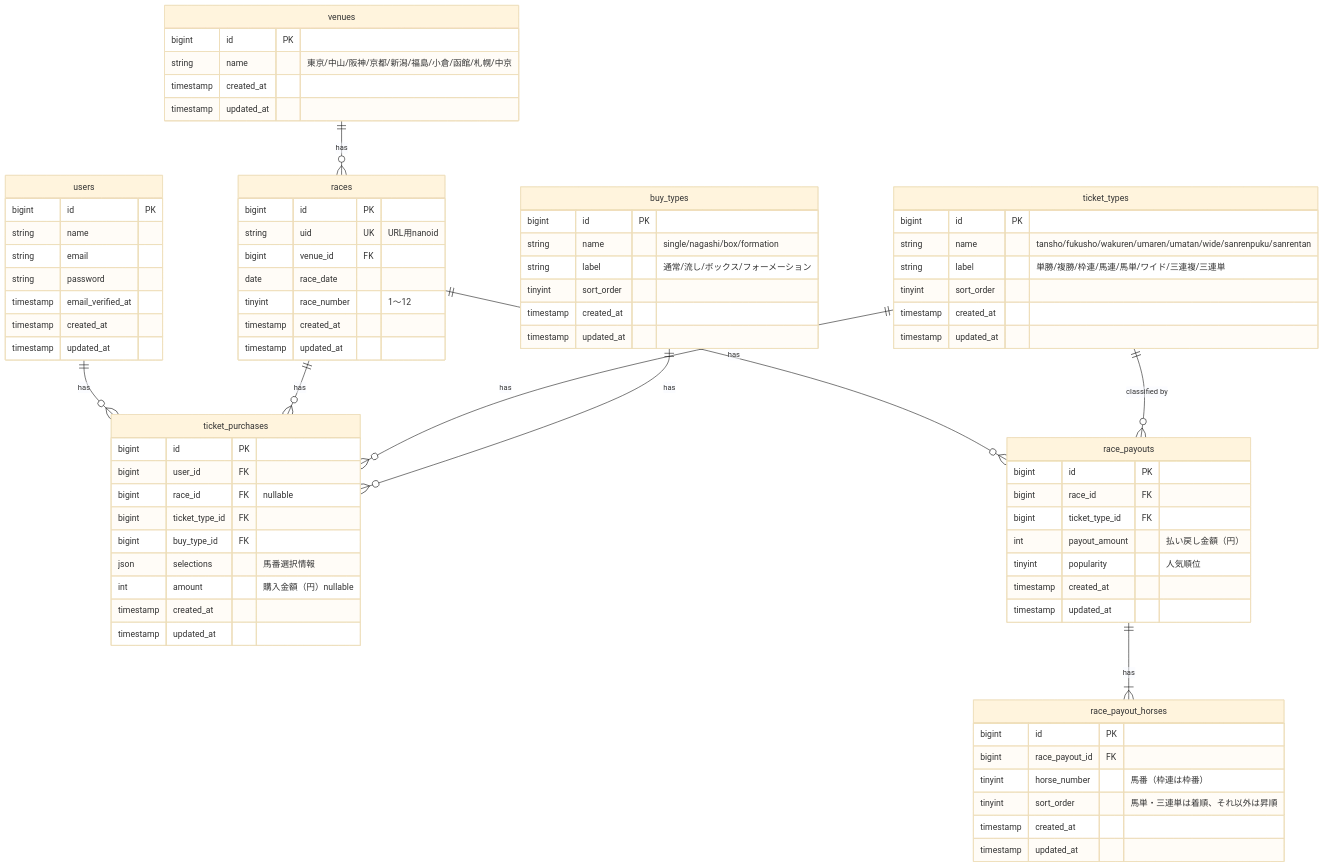
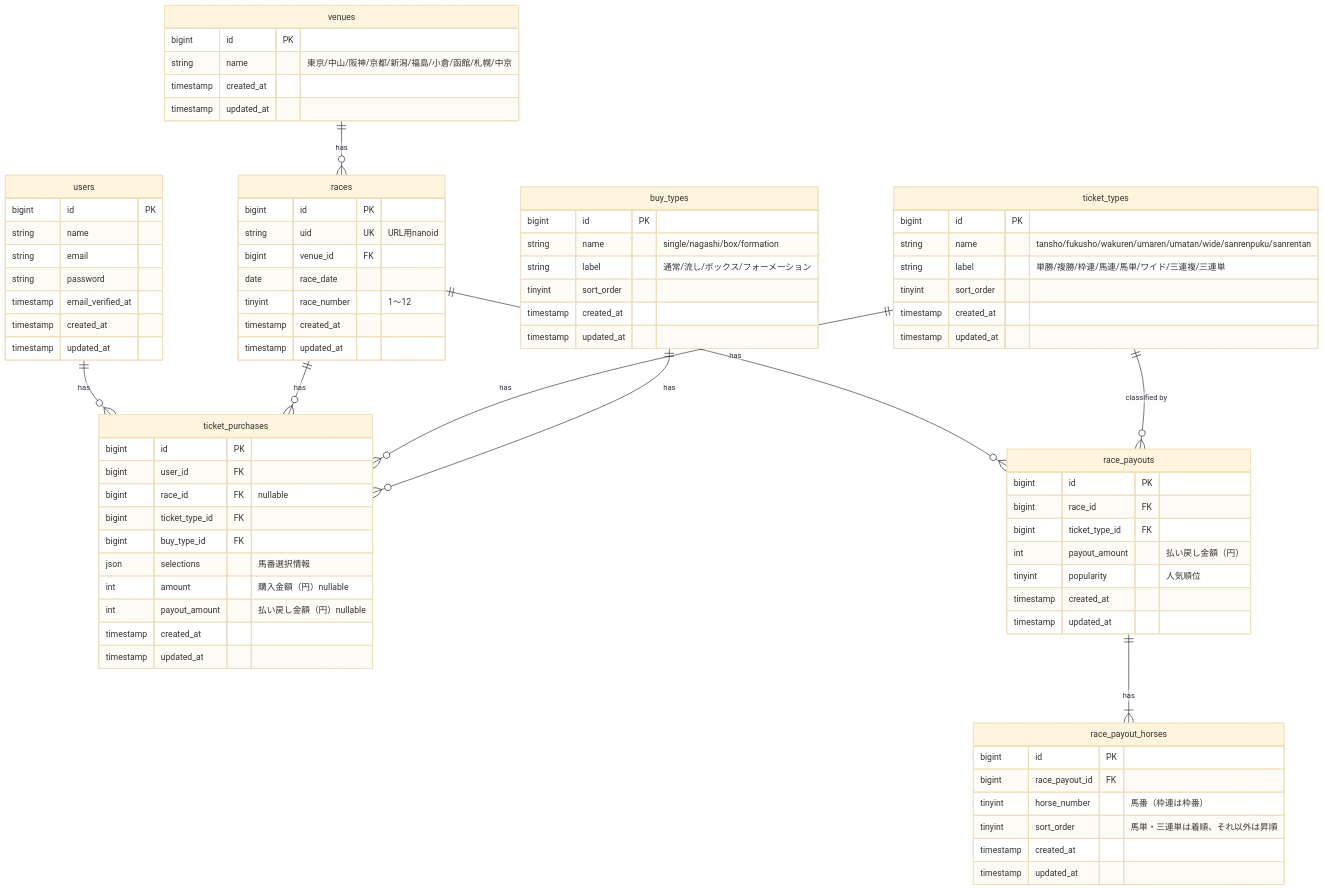
One commit to nakajima97/keiba-db-gen2 changed the diagram in docs/specs/er-diagram.md. Above: the diagram before and after it, drawn with Mermaid (base theme). The commit also changed 5 other files, not shown here.

```diff
--- a/docs/specs/er-diagram.md
+++ b/docs/specs/er-diagram.md
@@ -55,6 +55,7 @@
         bigint buy_type_id FK
         json selections "馬番選択情報"
         int amount "購入金額（円）nullable"
+        int payout_amount "払い戻し金額（円）nullable"
         timestamp created_at
         timestamp updated_at
     }
```
